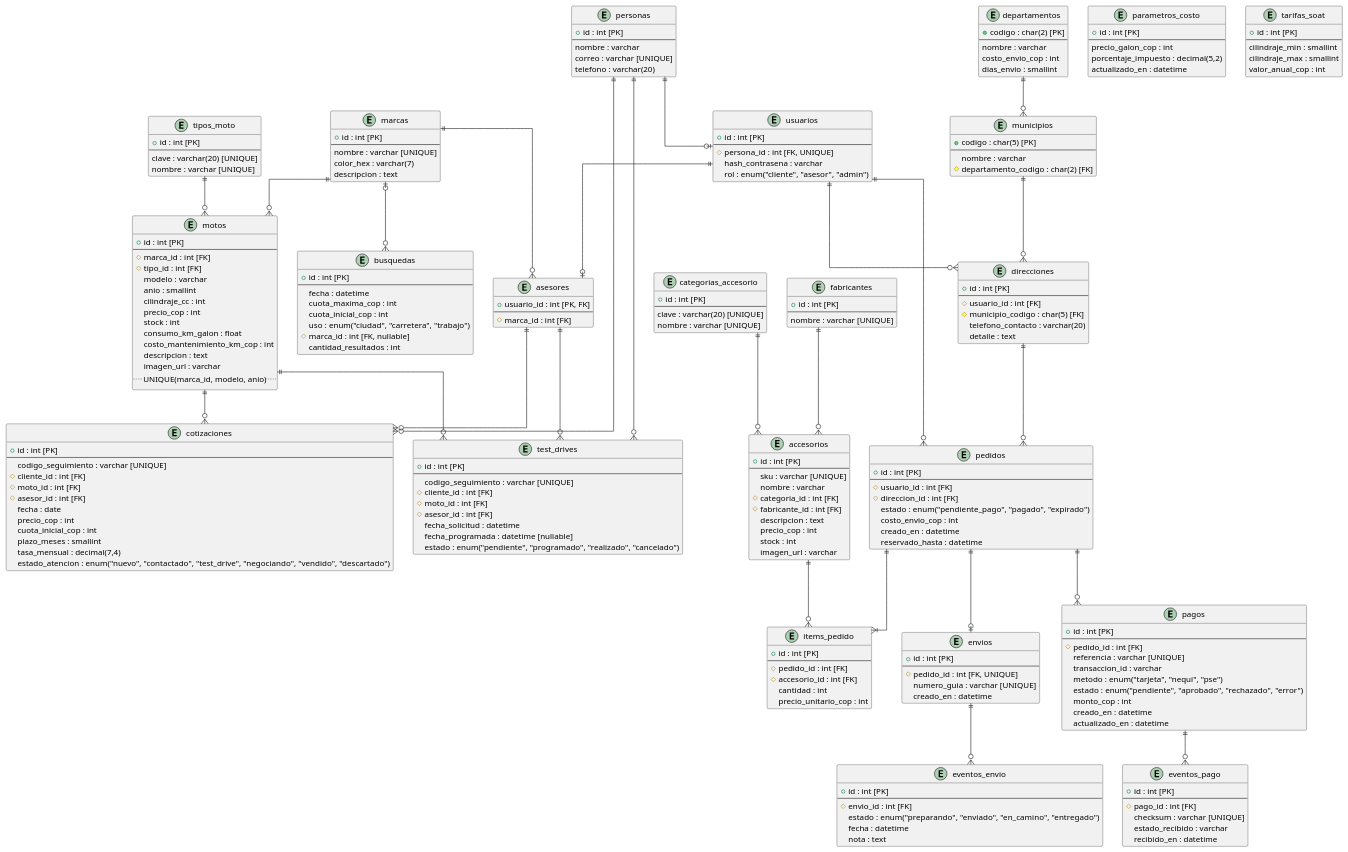
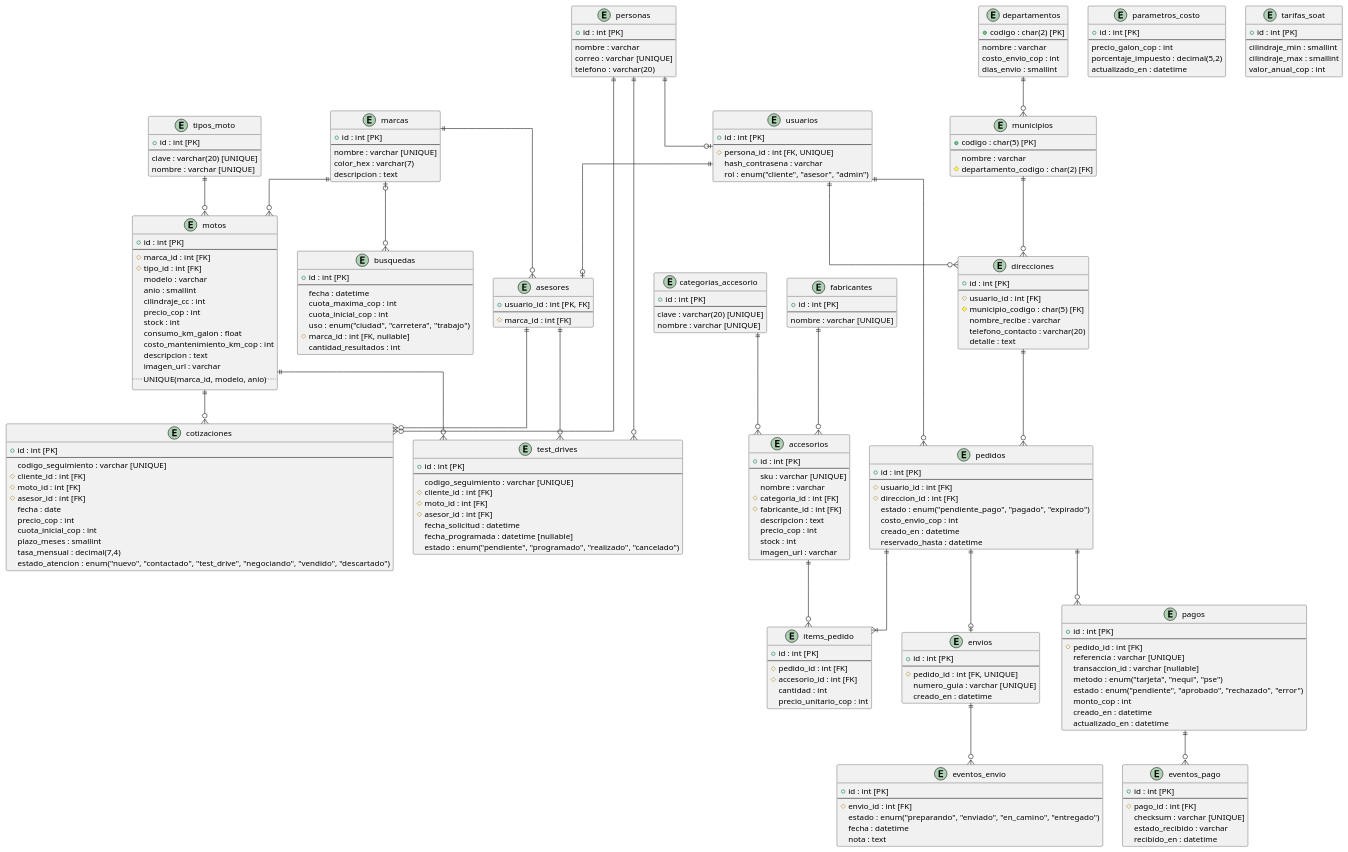
The diagram in docs/uml/fuentes/modelo-logico-relacional.puml (Andresg9805/concesionario-motos), drawn with PlantUML before and after one commit. The commit also changed 13 other files, not shown here.

```diff
--- a/docs/uml/fuentes/modelo-logico-relacional.puml
+++ b/docs/uml/fuentes/modelo-logico-relacional.puml
@@ -155,6 +155,7 @@
   --
   # usuario_id : int [FK]
   # municipio_codigo : char(5) [FK]
+  nombre_recibe : varchar
   telefono_contacto : varchar(20)
   detalle : text
 }
@@ -184,7 +185,7 @@
   --
   # pedido_id : int [FK]
   referencia : varchar [UNIQUE]
-  transaccion_id : varchar
+  transaccion_id : varchar [nullable]
   metodo : enum("tarjeta", "nequi", "pse")
   estado : enum("pendiente", "aprobado", "rechazado", "error")
   monto_cop : int
```
